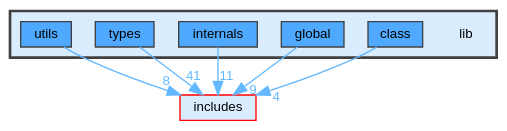
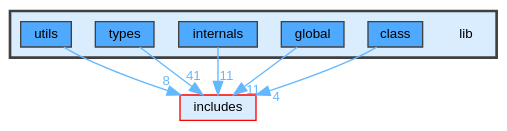
The diagram in dir_97aefd0d527b934f1d99a682da8fe6a9_dep.dot (JS-CMP/JS-CMP), drawn with Graphviz before and after one commit. The commit also changed 77 other files, not shown here.

```diff
--- a/dir_97aefd0d527b934f1d99a682da8fe6a9_dep.dot
+++ b/dir_97aefd0d527b934f1d99a682da8fe6a9_dep.dot
@@ -1,23 +1,23 @@
 digraph "lib"
 {
  // LATEX_PDF_SIZE
   bgcolor="transparent";
   edge [fontname=Helvetica,fontsize=10,labelfontname=Helvetica,labelfontsize=10];
   node [fontname=Helvetica,fontsize=10,shape=box,height=0.2,width=0.4];
   compound=true
   subgraph clusterdir_97aefd0d527b934f1d99a682da8fe6a9 {
     graph [ bgcolor="#daedff", pencolor="grey25", label="", fontname=Helvetica,fontsize=10 style="filled,bold", URL="dir_97aefd0d527b934f1d99a682da8fe6a9.html",tooltip=""]
     dir_97aefd0d527b934f1d99a682da8fe6a9 [shape=plaintext, label="lib"];
   dir_285d619cbfa84c6430bdb6c8ccfd6309 [label="class", fillcolor="#4ea9ff", color="grey25", style="filled", URL="dir_285d619cbfa84c6430bdb6c8ccfd6309.html",tooltip=""];
   dir_e5351f453d76e877d7266eb645a452b4 [label="global", fillcolor="#4ea9ff", color="grey25", style="filled", URL="dir_e5351f453d76e877d7266eb645a452b4.html",tooltip=""];
   dir_b676090d228801dd7ffbbb73657bbc43 [label="internals", fillcolor="#4ea9ff", color="grey25", style="filled", URL="dir_b676090d228801dd7ffbbb73657bbc43.html",tooltip=""];
   dir_560694f03ee5bf1136d79e4f1ca1ca37 [label="types", fillcolor="#4ea9ff", color="grey25", style="filled", URL="dir_560694f03ee5bf1136d79e4f1ca1ca37.html",tooltip=""];
   dir_4ce02b87227cef1244bdd1fa3b12a08b [label="utils", fillcolor="#4ea9ff", color="grey25", style="filled", URL="dir_4ce02b87227cef1244bdd1fa3b12a08b.html",tooltip=""];
   }
   dir_09e761304027c904456130627fd4dcf5 [label="includes", fillcolor="#daedff", color="red", style="filled", URL="dir_09e761304027c904456130627fd4dcf5.html",tooltip=""];
   dir_285d619cbfa84c6430bdb6c8ccfd6309->dir_09e761304027c904456130627fd4dcf5 [headlabel="4", labeldistance=1.5 headhref="dir_000001_000004.html" href="dir_000001_000004.html" color="steelblue1" fontcolor="steelblue1"];
-  dir_e5351f453d76e877d7266eb645a452b4->dir_09e761304027c904456130627fd4dcf5 [headlabel="9", labeldistance=1.5 headhref="dir_000003_000004.html" href="dir_000003_000004.html" color="steelblue1" fontcolor="steelblue1"];
+  dir_e5351f453d76e877d7266eb645a452b4->dir_09e761304027c904456130627fd4dcf5 [headlabel="11", labeldistance=1.5 headhref="dir_000003_000004.html" href="dir_000003_000004.html" color="steelblue1" fontcolor="steelblue1"];
   dir_b676090d228801dd7ffbbb73657bbc43->dir_09e761304027c904456130627fd4dcf5 [headlabel="11", labeldistance=1.5 headhref="dir_000006_000004.html" href="dir_000006_000004.html" color="steelblue1" fontcolor="steelblue1"];
   dir_560694f03ee5bf1136d79e4f1ca1ca37->dir_09e761304027c904456130627fd4dcf5 [headlabel="41", labeldistance=1.5 headhref="dir_000017_000004.html" href="dir_000017_000004.html" color="steelblue1" fontcolor="steelblue1"];
   dir_4ce02b87227cef1244bdd1fa3b12a08b->dir_09e761304027c904456130627fd4dcf5 [headlabel="8", labeldistance=1.5 headhref="dir_000019_000004.html" href="dir_000019_000004.html" color="steelblue1" fontcolor="steelblue1"];
 }
```
